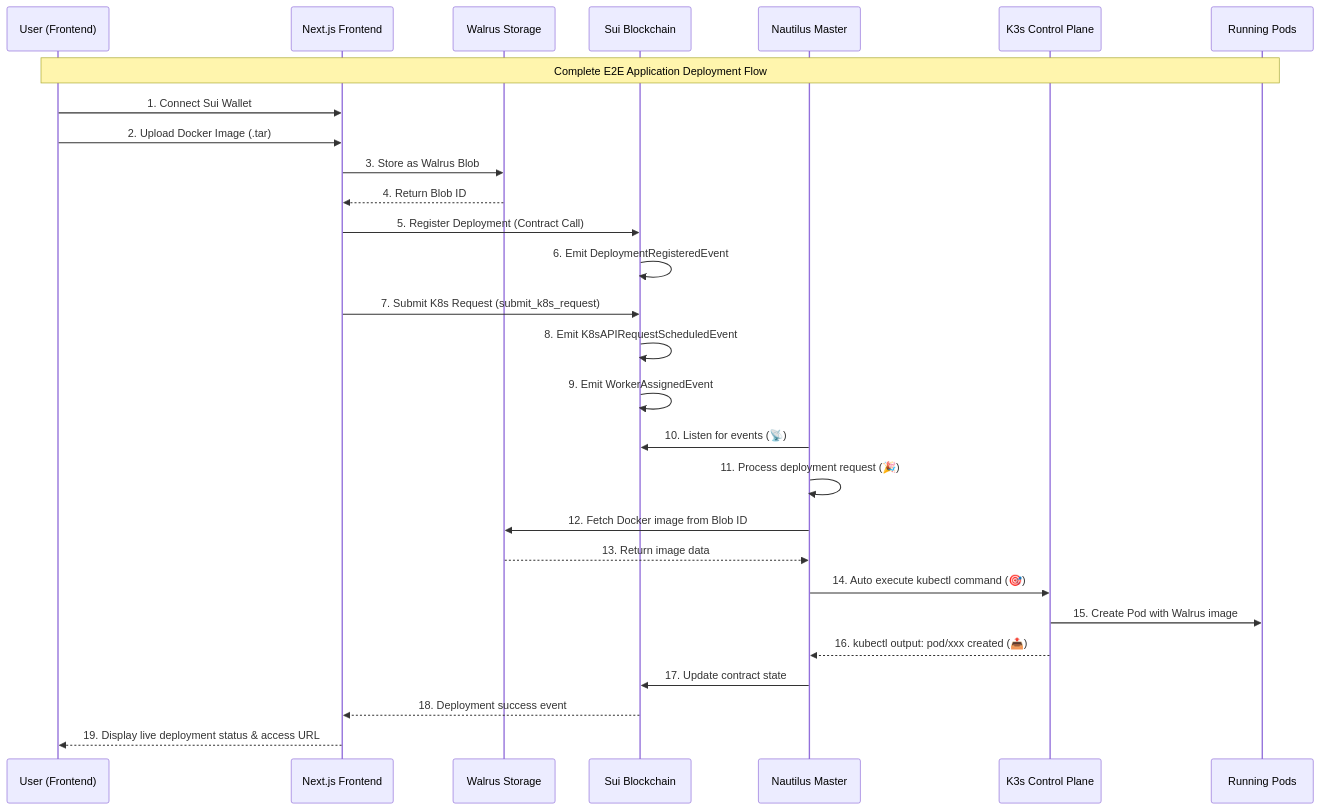
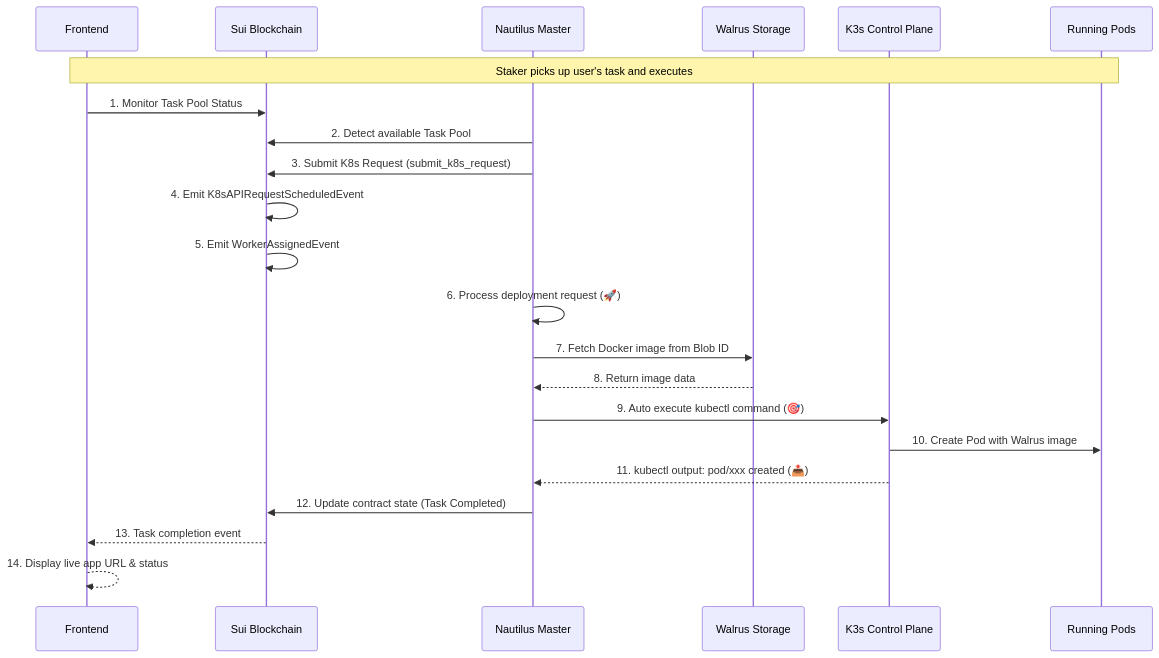
One commit to DAAS-Vader/.github changed the third of 6 diagrams in profile/readme.md. Above: the diagram before and after it, drawn with Mermaid. The commit also changed other lines of this file, not shown here.

````diff
--- a/profile/readme.md
+++ b/profile/readme.md
@@ -31,32 +82,26 @@
 ```mermaid
 sequenceDiagram
-    participant U as User (Frontend)
-    participant F as Next.js Frontend
-    participant W as Walrus Storage
+    participant F as Frontend
     participant B as Sui Blockchain
     participant N as Nautilus Master
+    participant W as Walrus Storage
     participant K as K3s Control Plane
     participant P as Running Pods
 
-    Note over U,P: Complete E2E Application Deployment Flow
+    Note over F,P: Staker picks up user's task and executes
 
-    U->>F: 1. Connect Sui Wallet
-    U->>F: 2. Upload Docker Image (.tar)
-    F->>W: 3. Store as Walrus Blob
-    W-->>F: 4. Return Blob ID
-    F->>B: 5. Register Deployment (Contract Call)
-    B->>B: 6. Emit DeploymentRegisteredEvent
-    F->>B: 7. Submit K8s Request (submit_k8s_request)
-    B->>B: 8. Emit K8sAPIRequestScheduledEvent
-    B->>B: 9. Emit WorkerAssignedEvent
-    N->>B: 10. Listen for events (📡)
-    N->>N: 11. Process deployment request (🎉)
-    N->>W: 12. Fetch Docker image from Blob ID
-    W-->>N: 13. Return image data
-    N->>K: 14. Auto execute kubectl command (🎯)
-    K->>P: 15. Create Pod with Walrus image
-    K-->>N: 16. kubectl output: pod/xxx created (📤)
-    N->>B: 17. Update contract state
-    B-->>F: 18. Deployment success event
-    F-->>U: 19. Display live deployment status & access URL
+    F->>B: 1. Monitor Task Pool Status
+    N->>B: 2. Detect available Task Pool
+    N->>B: 3. Submit K8s Request (submit_k8s_request)
+    B->>B: 4. Emit K8sAPIRequestScheduledEvent
+    B->>B: 5. Emit WorkerAssignedEvent
+    N->>N: 6. Process deployment request (🚀)
+    N->>W: 7. Fetch Docker image from Blob ID
+    W-->>N: 8. Return image data
+    N->>K: 9. Auto execute kubectl command (🎯)
+    K->>P: 10. Create Pod with Walrus image
+    K-->>N: 11. kubectl output: pod/xxx created (📤)
+    N->>B: 12. Update contract state (Task Completed)
+    B-->>F: 13. Task completion event
+    F-->>F: 14. Display live app URL & status
 ```
````
